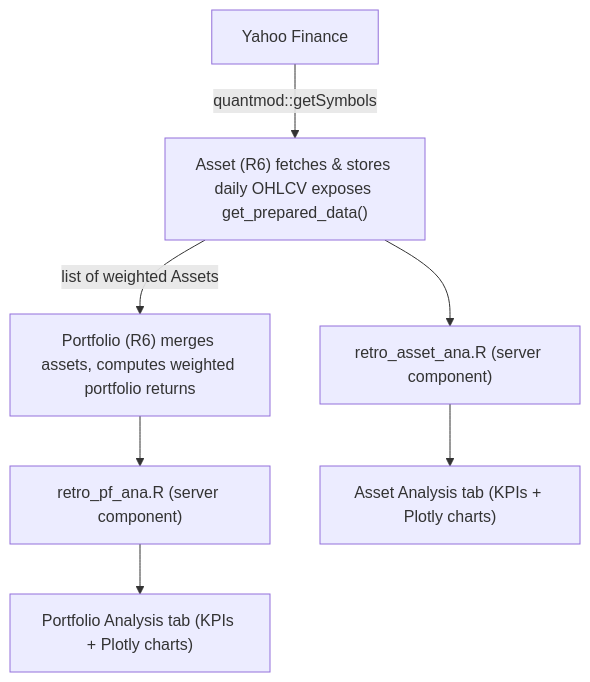
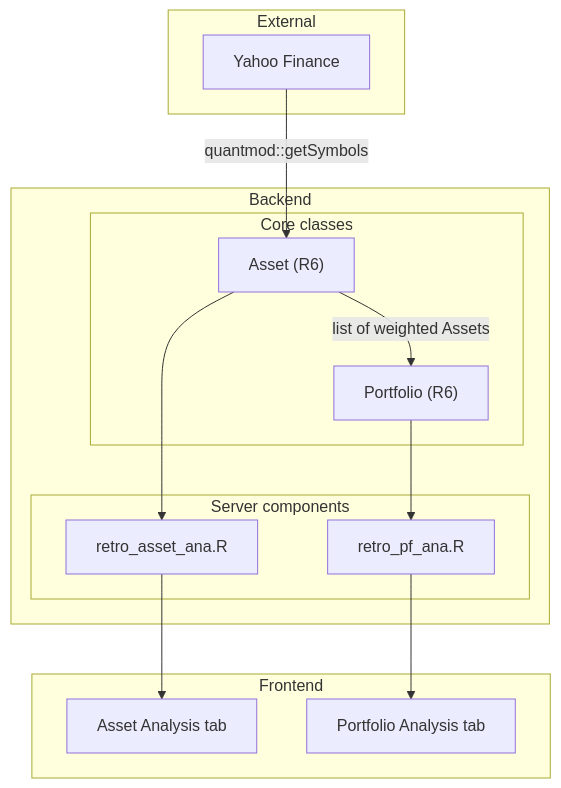
The diagram in README.md (Konilo/retrospect), drawn with Mermaid before and after one commit.

Commit message:
feat: add subgraphs to mermaid chart

````diff
--- a/README.md
+++ b/README.md
@@ -49,13 +49,29 @@
 ```mermaid
 flowchart TD
-    YF[Yahoo Finance]
+    subgraph EXT["External"]
+        YF[Yahoo Finance]
+    end
 
-    YF -->|quantmod::getSymbols| A["Asset (R6) fetches & stores daily OHLCV exposes get_prepared_data()"]
-    A -->|"list of weighted Assets"| P["Portfolio (R6) merges assets, computes weighted portfolio returns"]
+    subgraph BE["Backend"]
+        subgraph CORE["Core classes"]
+            A["Asset (R6)"]
+            P["Portfolio (R6)"]
+        end
+        subgraph SC["Server components"]
+            SAA["retro_asset_ana.R"]
+            SPA["retro_pf_ana.R"]
+        end
+    end
 
-    A --> SAA["retro_asset_ana.R (server component)"]
-    P --> SPA["retro_pf_ana.R (server component)"]
+    subgraph FE["Frontend"]
+        TAA["Asset Analysis tab"]
+        TPA["Portfolio Analysis tab"]
+    end
 
-    SAA --> TAA["Asset Analysis tab (KPIs + Plotly charts)"]
-    SPA --> TPA["Portfolio Analysis tab (KPIs + Plotly charts)"]
+    YF -->|quantmod::getSymbols| A
+    A -->|"list of weighted Assets"| P
+    A --> SAA
+    P --> SPA
+    SAA --> TAA
+    SPA --> TPA
 ```
````
